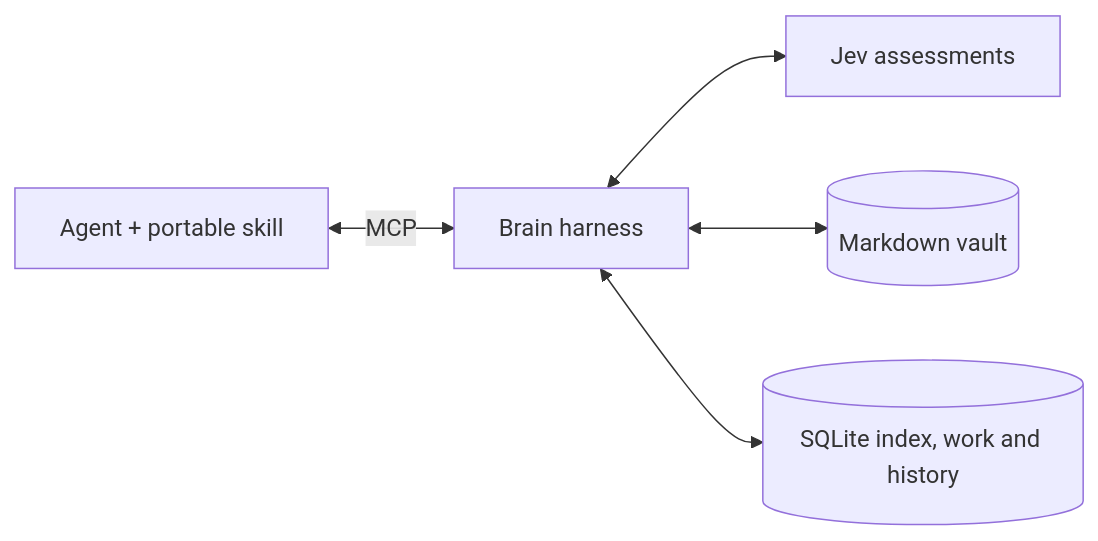
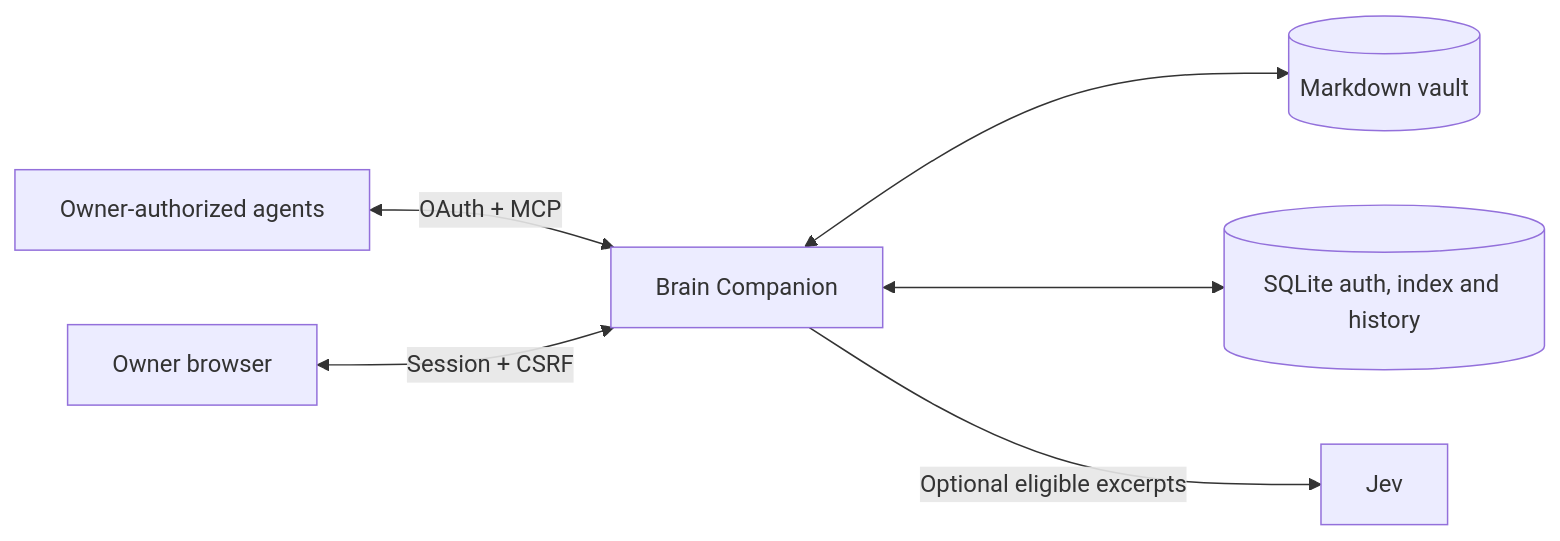
The diagram in docs/harness.md (wdetorres/brain-companion), drawn with Mermaid before and after one commit. The commit also changed other lines of this file and 60 other files, not shown here.

````diff
--- a/docs/harness.md
+++ b/docs/harness.md
@@ -5,7 +5,8 @@
 ```mermaid
 flowchart LR
-  A[Agent + portable skill] <-->|MCP| H[Brain harness]
-  H <--> J[Jev assessments]
+  A[Owner-authorized agents] <-->|OAuth + MCP| H[Brain Companion]
+  B[Owner browser] <-->|Session + CSRF| H
   H <--> D[(Markdown vault)]
-  H <--> Q[(SQLite index, work and history)]
+  H <--> Q[(SQLite auth, index and history)]
+  H -->|Optional eligible excerpts| J[Jev]
 ```
````
